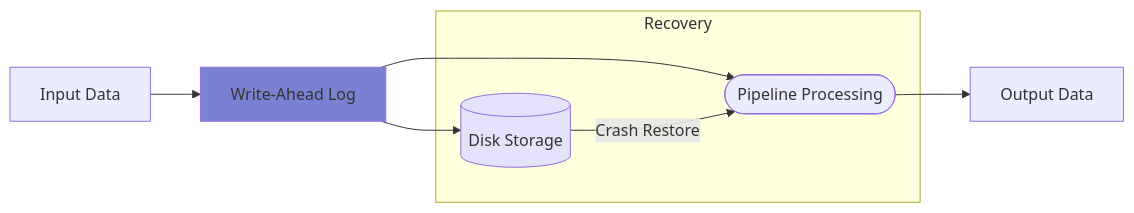
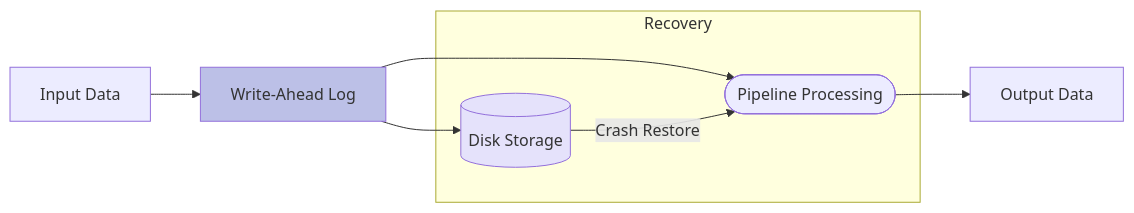
The third of 8 diagrams in docs/about/key-features.mdx (VirtualMetric/virtualmetric-docs), drawn with Mermaid before and after one commit. The commit also changed other lines of this file and 7 other files, not shown here.

````diff
--- a/docs/about/key-features.mdx
+++ b/docs/about/key-features.mdx
@@ -109,14 +109,14 @@
 ```mermaid
 flowchart LR
     Input[Input Data] --> WAL[Write-Ahead Log]
     WAL --> Disk[(Disk Storage)]
     WAL --> Pipeline([Pipeline Processing])
     Pipeline --> Output[Output Data]
     
     subgraph Recovery
         Disk --> |Crash Restore| Pipeline
     end
     
-    style WAL fill:#7982D2
+    style WAL fill:#BCC0E7
     style Disk fill:#E5E2FB
 ```
````
